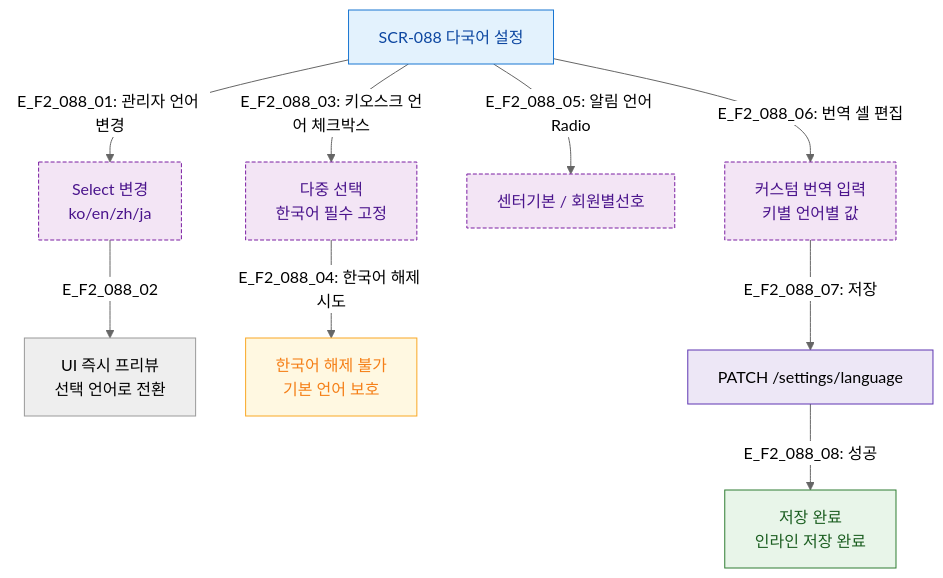
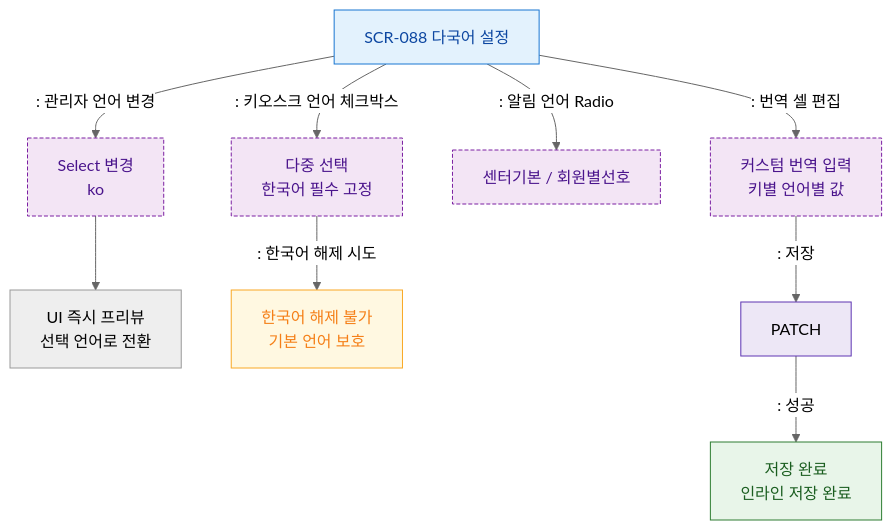
Before and after one commit to dev-spogym/admin-pando: the diagram in docs/다이어그램/D09_설정관리/SCR-088_다국어설정/F2_메인인터랙션.md, drawn with Mermaid (neutral theme). The commit also changed other lines of this file and 1660 other files, not shown here.

First line of the commit message:
다이어그램: 기획자/클라이언트 납품본으로 정리

````diff
--- a/docs/다이어그램/D09_설정관리/SCR-088_다국어설정/F2_메인인터랙션.md
+++ b/docs/다이어그램/D09_설정관리/SCR-088_다국어설정/F2_메인인터랙션.md
@@ -14,27 +12,27 @@
 ```mermaid
 flowchart TD
     SCR088[SCR-088 다국어 설정]
 
-    SCR088 -->|"E_F2_088_01: 관리자 언어 변경"| AdminLangChange[Select 변경\nko/en/zh/ja]
-    AdminLangChange -->|E_F2_088_02| PreviewUI[UI 즉시 프리뷰\n선택 언어로 전환]
+    SCR088 -->|": 관리자 언어 변경"|AdminLangChange[Select 변경\nko]
+    AdminLangChange --> PreviewUI[UI 즉시 프리뷰\n선택 언어로 전환]
 
-    SCR088 -->|"E_F2_088_03: 키오스크 언어 체크박스"| KioskToggle[다중 선택\n한국어 필수 고정]
-    KioskToggle -->|"E_F2_088_04: 한국어 해제 시도"| E_KoRequired[한국어 해제 불가\n기본 언어 보호]
+    SCR088 -->|": 키오스크 언어 체크박스"|KioskToggle[다중 선택\n한국어 필수 고정]
+    KioskToggle -->|": 한국어 해제 시도"|E_KoRequired[한국어 해제 불가\n기본 언어 보호]
 
-    SCR088 -->|"E_F2_088_05: 알림 언어 Radio"| NotifyMode[센터기본 / 회원별선호]
+    SCR088 -->|": 알림 언어 Radio"|NotifyMode[센터기본 / 회원별선호]
 
-    SCR088 -->|"E_F2_088_06: 번역 셀 편집"| TransEdit[커스텀 번역 입력\n키별 언어별 값]
-    TransEdit -->|"E_F2_088_07: 저장"| ACT_Save[PATCH /settings/language]
-    ACT_Save -->|"E_F2_088_08: 성공"| SaveOK[저장 완료\n인라인 저장 완료]
+    SCR088 -->|": 번역 셀 편집"|TransEdit[커스텀 번역 입력\n키별 언어별 값]
+    TransEdit -->|": 저장"|ACT_Save[PATCH]
+    ACT_Save -->|": 성공"|SaveOK[저장 완료\n인라인 저장 완료]
 
     classDef screen fill:#E3F2FD,stroke:#1976D2,color:#0D47A1
     classDef newFeature fill:#F3E5F5,stroke:#7B1FA2,color:#4A148C,stroke-dasharray:4 2
     classDef success fill:#E8F5E9,stroke:#2E7D32,color:#1B5E20
     classDef warning fill:#FFF8E1,stroke:#F9A825,color:#F57F17
     classDef system fill:#EDE7F6,stroke:#5E35B2
     class SCR088 screen
     class AdminLangChange,KioskToggle,NotifyMode,TransEdit newFeature
     class SaveOK success
     class E_KoRequired warning
     class ACT_Save system
 ```
````
